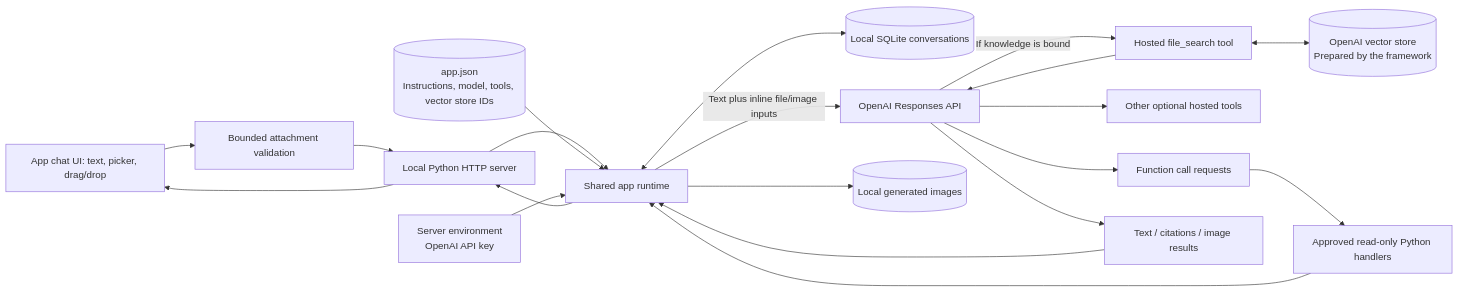
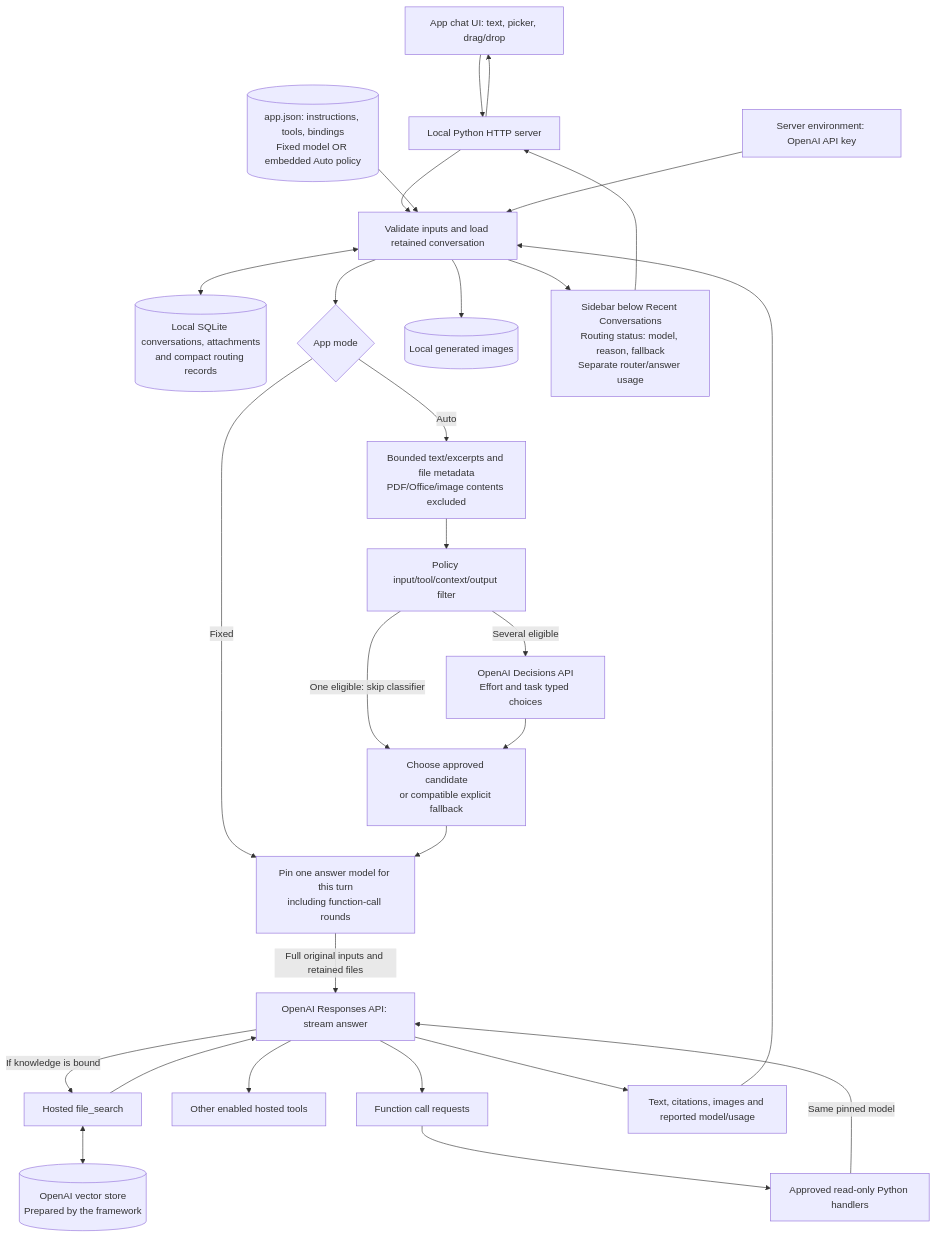
The second of 2 diagrams in README.md (skarlekar/ai-app-studio), drawn with Mermaid before and after one commit. The commit also changed other lines of this file and 30 other files, not shown here.

Commit message:
feat: add cost-first model routing and sidebar status

````diff
--- a/README.md
+++ b/README.md
@@ -468,22 +557,30 @@
 ```mermaid
-flowchart LR
-    Browser[App chat UI: text, picker, drag/drop] --> Intake[Bounded attachment validation]
-    Intake --> HTTP[Local Python HTTP server]
-    HTTP --> Runtime[Shared app runtime]
-    Manifest[(app.json<br/>Instructions, model, tools, vector store IDs)] --> Runtime
-    Environment[Server environment<br/>OpenAI API key] --> Runtime
-    Runtime <--> SQLite[(Local SQLite conversations)]
-    Runtime -->|Text plus inline file/image inputs| Responses[OpenAI Responses API]
-    Responses -->|If knowledge is bound| FileSearch[Hosted file_search tool]
+flowchart TD
+    Browser[App chat UI: text, picker, drag/drop] --> HTTP[Local Python HTTP server]
+    HTTP --> Runtime[Validate inputs and load retained conversation]
+    Manifest[(app.json: instructions, tools, bindings<br/>Fixed model OR embedded Auto policy)] --> Runtime
+    Environment[Server environment: OpenAI API key] --> Runtime
+    Runtime <--> SQLite[(Local SQLite conversations, attachments<br/>and compact routing records)]
+    Runtime --> Mode{App mode}
+    Mode -->|Fixed| Pin[Pin one answer model for this turn<br/>including function-call rounds]
+    Mode -->|Auto| Evidence[Bounded text/excerpts and file metadata<br/>PDF/Office/image contents excluded]
+    Evidence --> Filter[Policy input/tool/context/output filter]
+    Filter -->|Several eligible| Decisions[OpenAI Decisions API<br/>Effort and task typed choices]
+    Filter -->|One eligible: skip classifier| Select[Choose approved candidate<br/>or compatible explicit fallback]
+    Decisions --> Select
+    Select --> Pin
+    Pin -->|Full original inputs and retained files| Responses[OpenAI Responses API: stream answer]
+    Responses -->|If knowledge is bound| FileSearch[Hosted file_search]
     FileSearch <--> Knowledge[(OpenAI vector store<br/>Prepared by the framework)]
     FileSearch --> Responses
-    Responses --> Hosted[Other optional hosted tools]
+    Responses --> Hosted[Other enabled hosted tools]
     Responses --> Calls[Function call requests]
     Calls --> Registry[Approved read-only Python handlers]
-    Registry --> Runtime
-    Responses --> Results[Text / citations / image results]
+    Registry -->|Same pinned model| Responses
+    Responses --> Results[Text, citations, images and reported model/usage]
     Results --> Runtime
     Runtime --> Assets[(Local generated images)]
-    Runtime --> HTTP
+    Runtime --> Status[Sidebar below Recent Conversations<br/>Routing status: model, reason, fallback<br/>Separate router/answer usage]
+    Status --> HTTP
     HTTP --> Browser
 ```
````
